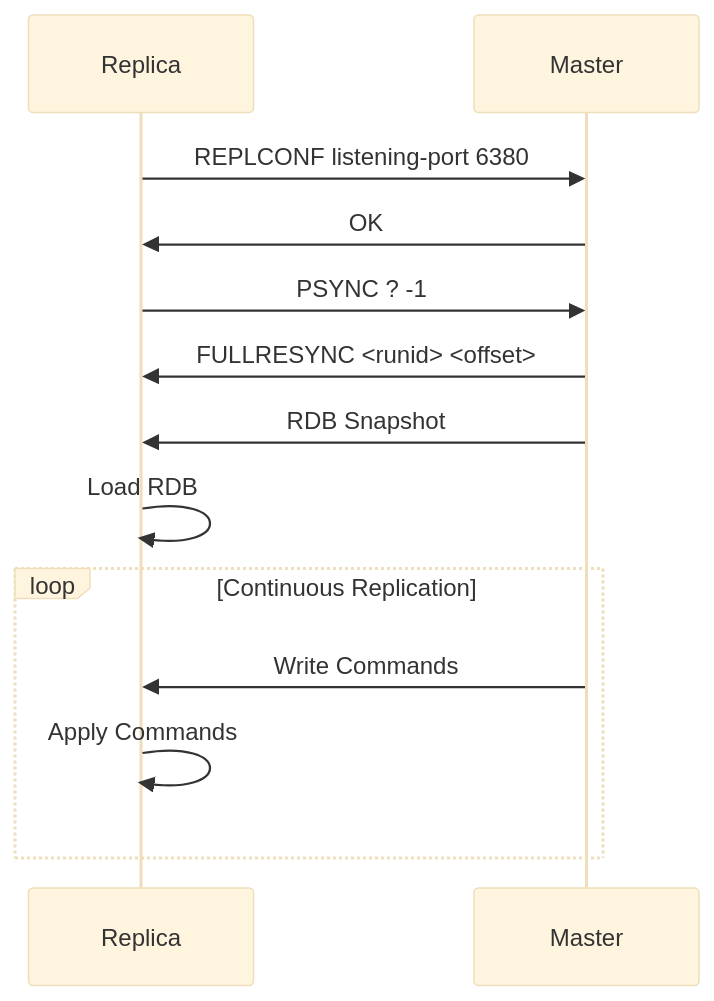
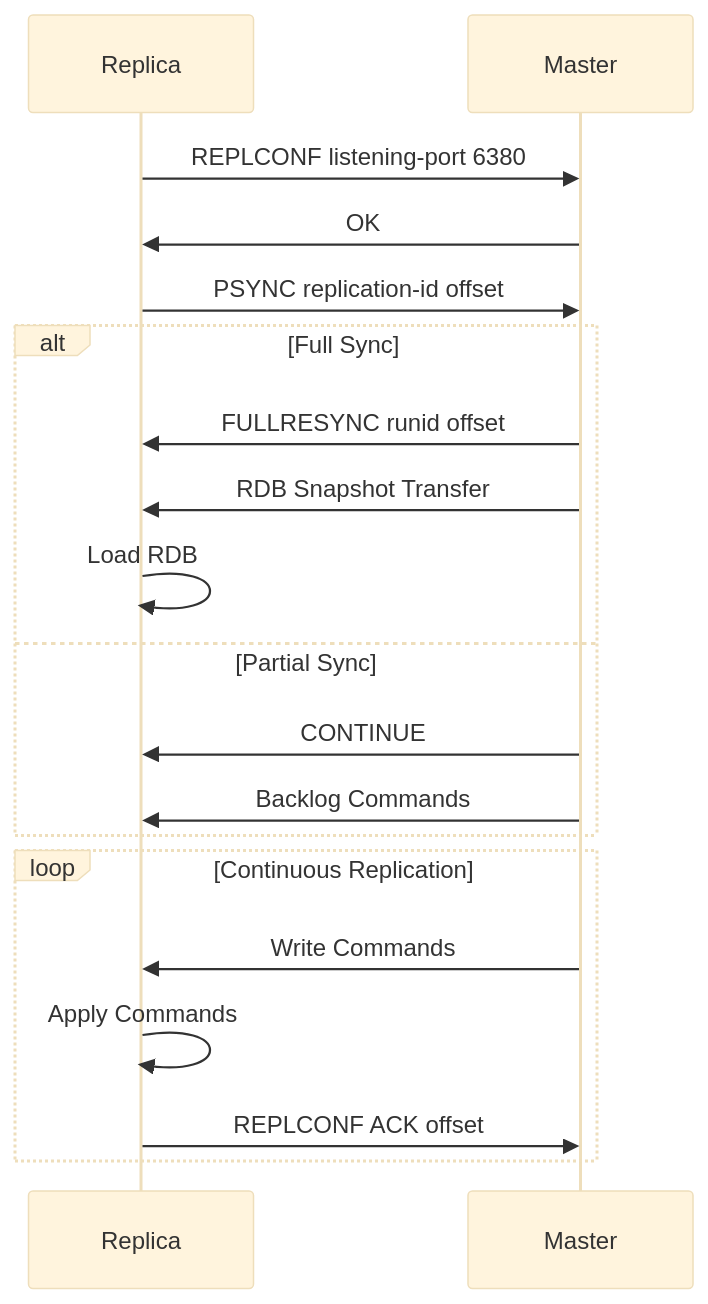
One commit to nxrvl/rLightning changed the sixth of 6 diagrams in site/docs/architecture.md. Above: the diagram before and after it, drawn with Mermaid (base theme). The commit also changed other lines of this file and 35 other files, not shown here.

````diff
--- a/site/docs/architecture.md
+++ b/site/docs/architecture.md
@@ -183,16 +309,22 @@
 ```mermaid
 sequenceDiagram
     participant R as Replica
     participant M as Master
-    
+
     R->>M: REPLCONF listening-port 6380
     M->>R: OK
-    R->>M: PSYNC ? -1
-    M->>R: FULLRESYNC <runid> <offset>
-    M->>R: RDB Snapshot
-    R->>R: Load RDB
+    R->>M: PSYNC replication-id offset
+    alt Full Sync
+        M->>R: FULLRESYNC runid offset
+        M->>R: RDB Snapshot Transfer
+        R->>R: Load RDB
+    else Partial Sync
+        M->>R: CONTINUE
+        M->>R: Backlog Commands
+    end
     loop Continuous Replication
         M->>R: Write Commands
         R->>R: Apply Commands
+        R->>M: REPLCONF ACK offset
     end
 ```
````
